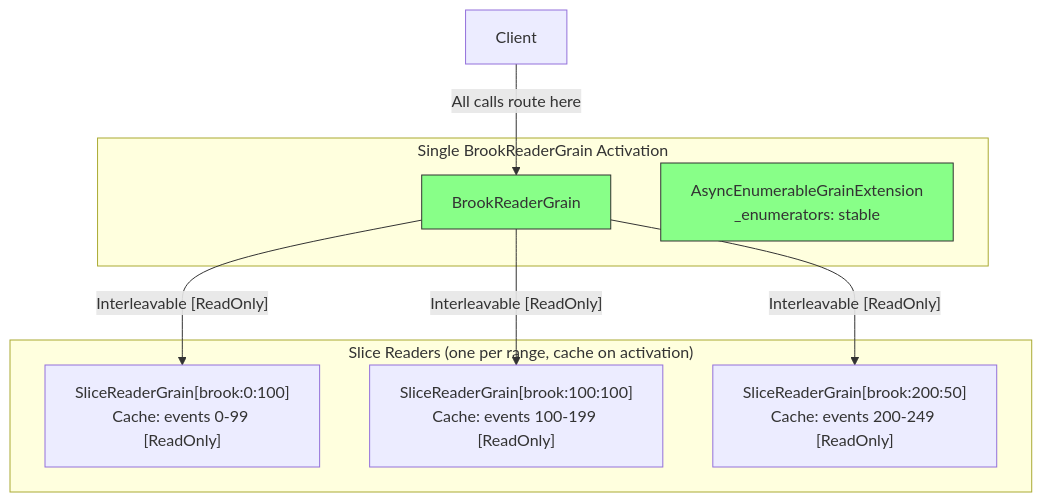
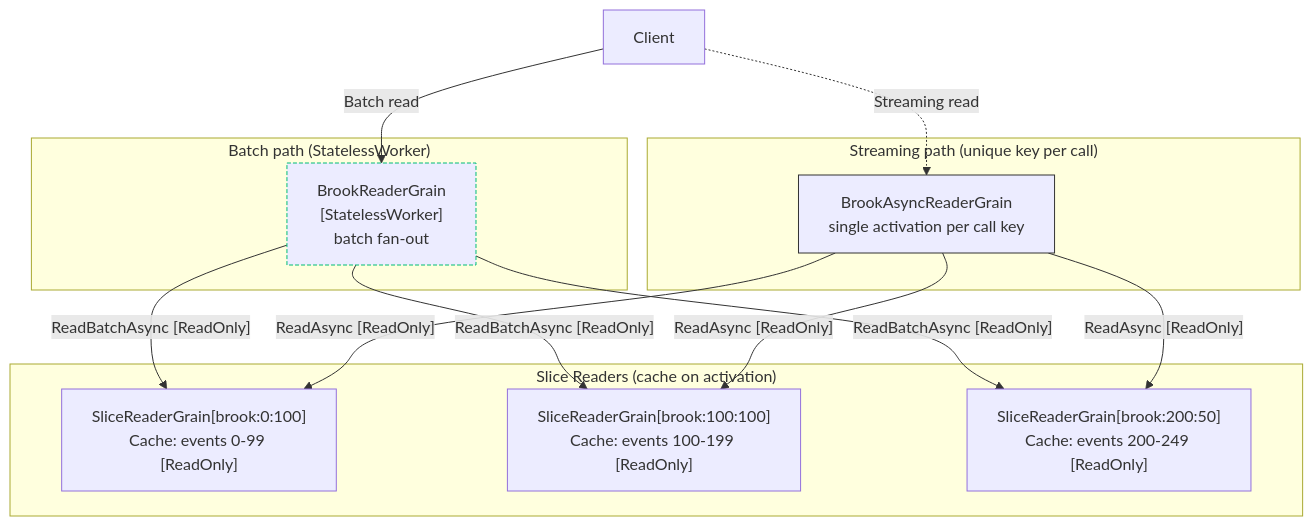
One commit to Gibbs-Morris/mississippi changed the sixth of 8 diagrams in docs/brook-reader-performance-analysis.md. Above: the diagram before and after it, drawn with Mermaid. The commit also changed other lines of this file and 2 other files, not shown here.

Commit message:
Add namespace maps and update grain dependency diagrams for clarity

````diff
--- a/docs/brook-reader-performance-analysis.md
+++ b/docs/brook-reader-performance-analysis.md
@@ -337,23 +348,31 @@
 ```mermaid
 flowchart TB
-    subgraph "Single BrookReaderGrain Activation"
-        BR[BrookReaderGrain]
-        EXT["AsyncEnumerableGrainExtension<br/>_enumerators: stable"]
+    subgraph "Batch path (StatelessWorker)"
+        BR["BrookReaderGrain<br/>[StatelessWorker]<br/>batch fan-out"]
     end
 
-    subgraph "Slice Readers (one per range, cache on activation)"
+    subgraph "Streaming path (unique key per call)"
+        BAR["BrookAsyncReaderGrain<br/>single activation per call key"]
+    end
+
+    subgraph "Slice Readers (cache on activation)"
         SR0["SliceReaderGrain[brook:0:100]<br/>Cache: events 0-99 [ReadOnly]"]
         SR1["SliceReaderGrain[brook:100:100]<br/>Cache: events 100-199 [ReadOnly]"]
         SR2["SliceReaderGrain[brook:200:50]<br/>Cache: events 200-249 [ReadOnly]"]
     end
 
     Client[Client]
 
-    Client -->|"All calls route here"| BR
-    BR -->|"Interleavable [ReadOnly]"| SR0
-    BR -->|"Interleavable [ReadOnly]"| SR1
-    BR -->|"Interleavable [ReadOnly]"| SR2
+    Client -->|"Batch read"| BR
+    BR -->|"ReadBatchAsync [ReadOnly]"| SR0
+    BR -->|"ReadBatchAsync [ReadOnly]"| SR1
+    BR -->|"ReadBatchAsync [ReadOnly]"| SR2
 
-    style BR fill:#8f8,stroke:#333
-    style EXT fill:#8f8,stroke:#333
+    Client -.->|"Streaming read"| BAR
+    BAR -->|"ReadAsync [ReadOnly]"| SR0
+    BAR -->|"ReadAsync [ReadOnly]"| SR1
+    BAR -->|"ReadAsync [ReadOnly]"| SR2
+
+    style BR stroke:#0b7,stroke-dasharray:4 2
+    style BAR stroke:#333
 ```
````
